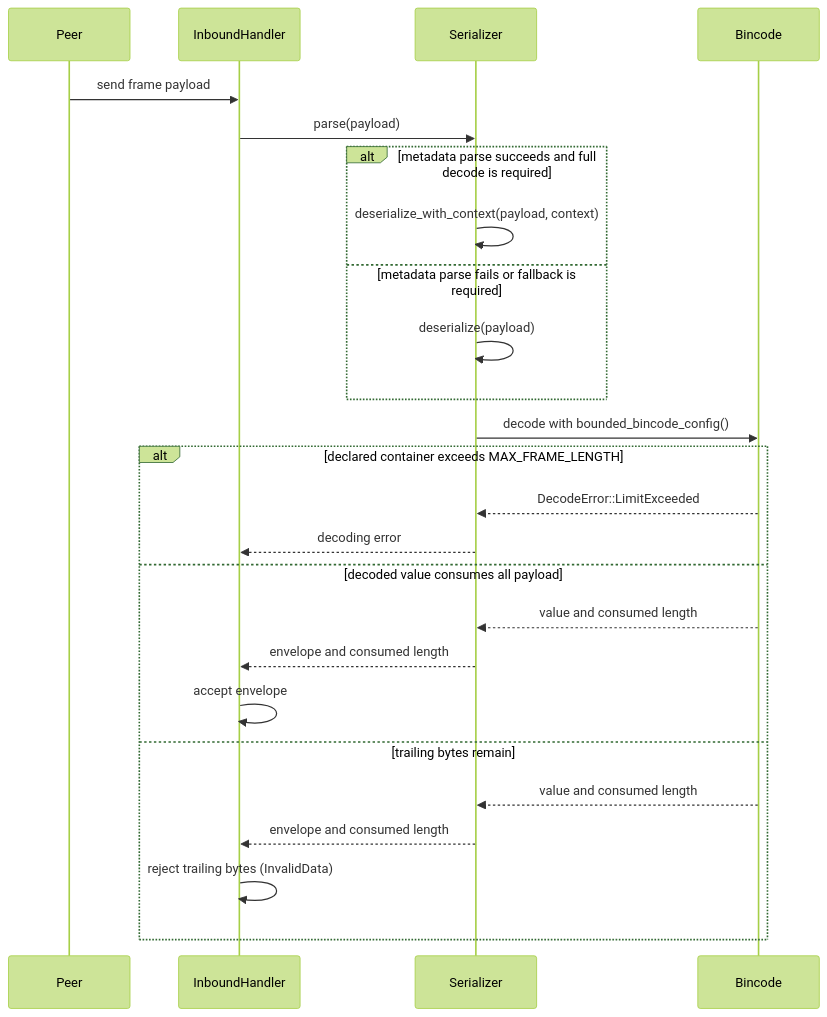
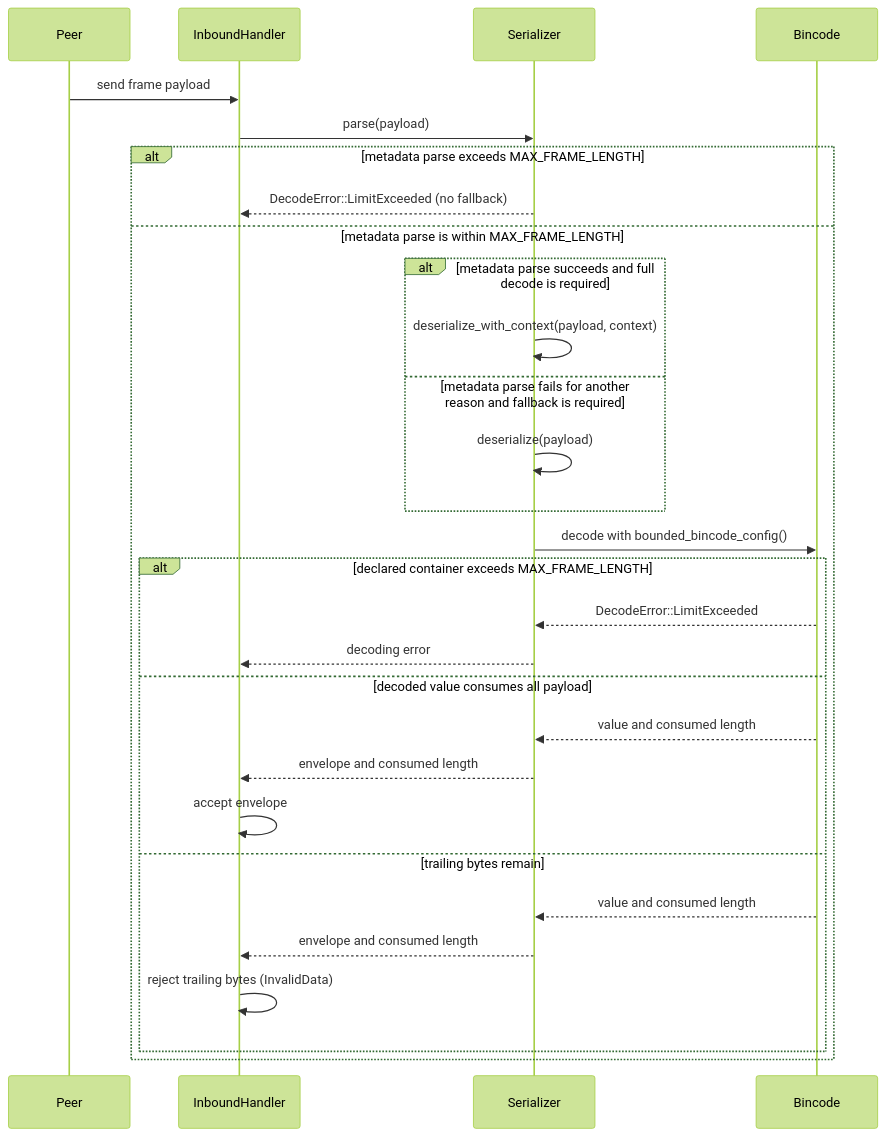
The fourth of 7 diagrams in docs/rust-binary-router-library-design.md (leynos/wireframe), drawn with Mermaid (forest theme) before and after one commit. The commit also changed other lines of this file and 6 other files, not shown here.

````diff
--- a/docs/rust-binary-router-library-design.md
+++ b/docs/rust-binary-router-library-design.md
@@ -491,28 +492,32 @@
 ```mermaid
 sequenceDiagram
     participant Peer
     participant InboundHandler
     participant Serializer
     participant Bincode
 
     Peer->>InboundHandler: send frame payload
     InboundHandler->>Serializer: parse(payload)
-    alt metadata parse succeeds and full decode is required
-        Serializer->>Serializer: deserialize_with_context(payload, context)
-    else metadata parse fails or fallback is required
-        Serializer->>Serializer: deserialize(payload)
-    end
-    Serializer->>Bincode: decode with bounded_bincode_config()
-    alt declared container exceeds MAX_FRAME_LENGTH
-        Bincode-->>Serializer: DecodeError::LimitExceeded
-        Serializer-->>InboundHandler: decoding error
-    else decoded value consumes all payload
-        Bincode-->>Serializer: value and consumed length
-        Serializer-->>InboundHandler: envelope and consumed length
-        InboundHandler->>InboundHandler: accept envelope
-    else trailing bytes remain
-        Bincode-->>Serializer: value and consumed length
-        Serializer-->>InboundHandler: envelope and consumed length
-        InboundHandler->>InboundHandler: reject trailing bytes (InvalidData)
+    alt metadata parse exceeds MAX_FRAME_LENGTH
+        Serializer-->>InboundHandler: DecodeError::LimitExceeded (no fallback)
+    else metadata parse is within MAX_FRAME_LENGTH
+        alt metadata parse succeeds and full decode is required
+            Serializer->>Serializer: deserialize_with_context(payload, context)
+        else metadata parse fails for another reason and fallback is required
+            Serializer->>Serializer: deserialize(payload)
+        end
+        Serializer->>Bincode: decode with bounded_bincode_config()
+        alt declared container exceeds MAX_FRAME_LENGTH
+            Bincode-->>Serializer: DecodeError::LimitExceeded
+            Serializer-->>InboundHandler: decoding error
+        else decoded value consumes all payload
+            Bincode-->>Serializer: value and consumed length
+            Serializer-->>InboundHandler: envelope and consumed length
+            InboundHandler->>InboundHandler: accept envelope
+        else trailing bytes remain
+            Bincode-->>Serializer: value and consumed length
+            Serializer-->>InboundHandler: envelope and consumed length
+            InboundHandler->>InboundHandler: reject trailing bytes (InvalidData)
+        end
     end
 ```
````
